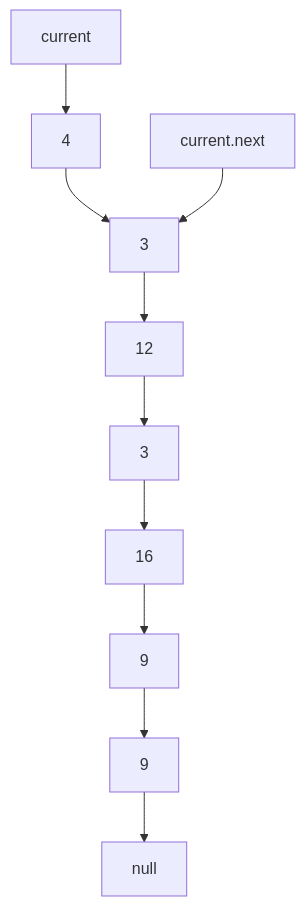
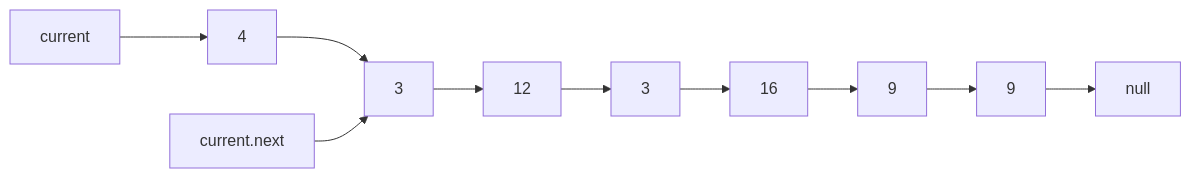
The fourth of 4 diagrams in remove-duplicates-from-a-linked-list.md (Jeffrey-S-Smith/reading-notes-401), drawn with Mermaid before and after one commit.

````diff
--- a/remove-duplicates-from-a-linked-list.md
+++ b/remove-duplicates-from-a-linked-list.md
@@ -55,10 +55,10 @@
 ```mermaid
-    graph TB
+    graph LR
   current --> A[4] --> B[3]
   current.next --> B --> C[12]
     C --> D[3] 
     D --> E[16]
     E --> F[9]
     F --> G[9] 
     G --> H[null]
 ```
````
